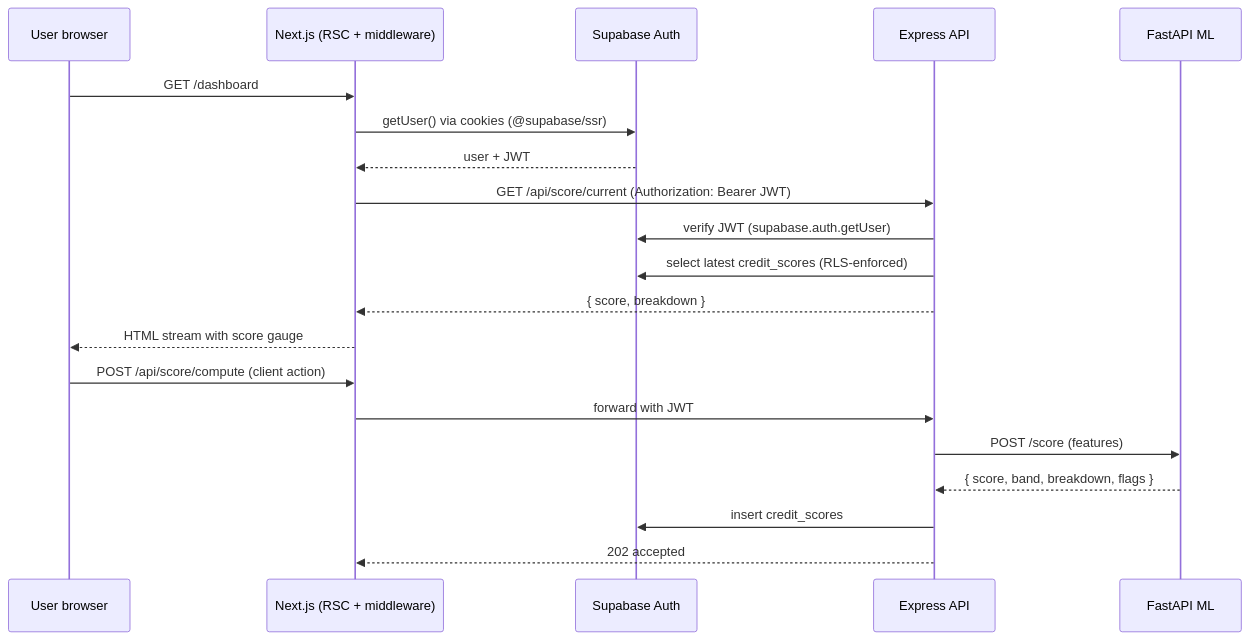
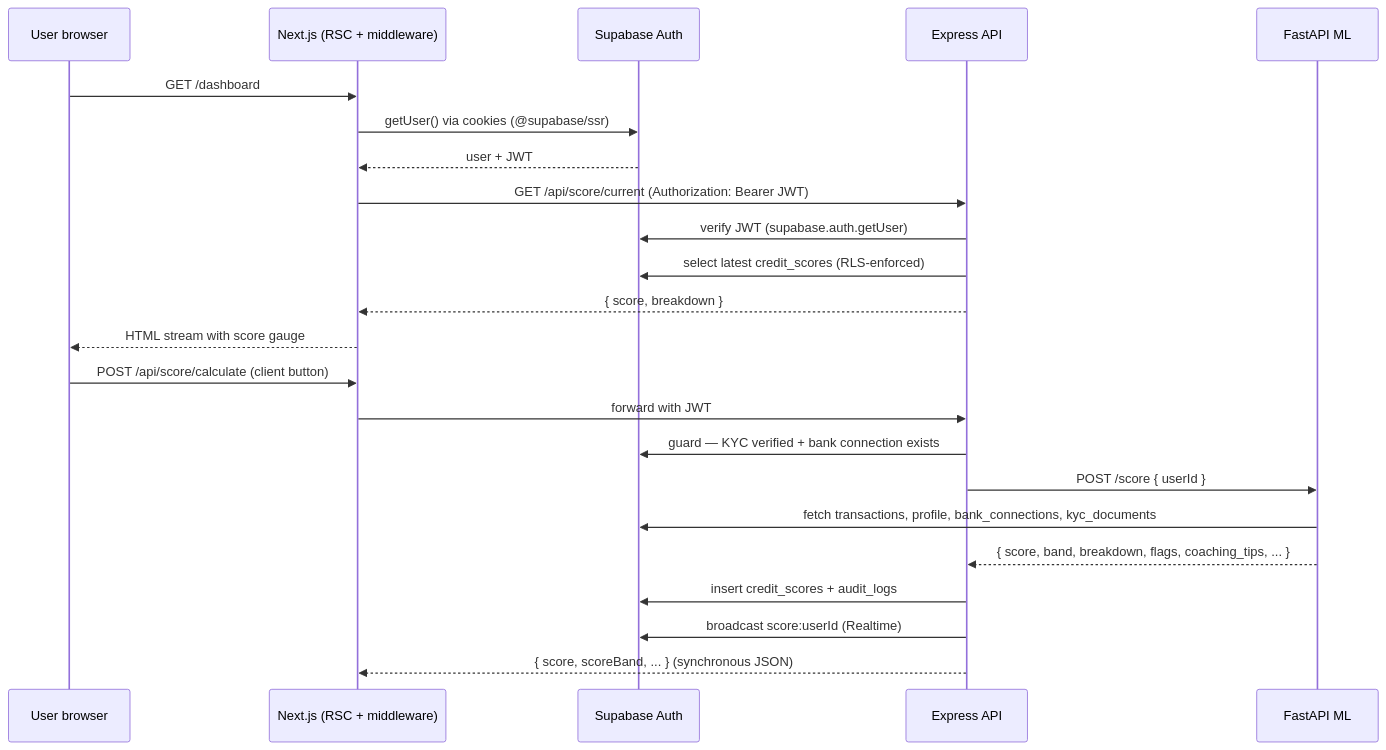
Before and after one commit to AmineMabrouk17/Klaro: the second of 2 diagrams in ARCHITECTURE.md, drawn with Mermaid. The commit also changed 61 other files, not shown here.

Commit message:
feat: wire score dashboard, transactions, documents, chat stream, and bank console to API

````diff
--- a/ARCHITECTURE.md
+++ b/ARCHITECTURE.md
@@ -64,24 +64,27 @@
 ```mermaid
 sequenceDiagram
   participant U as User browser
   participant W as Next.js (RSC + middleware)
   participant S as Supabase Auth
   participant A as Express API
   participant M as FastAPI ML
 
   U->>W: GET /dashboard
   W->>S: getUser() via cookies (@supabase/ssr)
   S-->>W: user + JWT
   W->>A: GET /api/score/current (Authorization: Bearer JWT)
   A->>S: verify JWT (supabase.auth.getUser)
   A->>S: select latest credit_scores (RLS-enforced)
   A-->>W: { score, breakdown }
   W-->>U: HTML stream with score gauge
 
-  U->>W: POST /api/score/compute (client action)
+  U->>W: POST /api/score/calculate (client button)
   W->>A: forward with JWT
-  A->>M: POST /score (features)
-  M-->>A: { score, band, breakdown, flags }
-  A->>S: insert credit_scores
-  A-->>W: 202 accepted
+  A->>S: guard — KYC verified + bank connection exists
+  A->>M: POST /score { userId }
+  M->>S: fetch transactions, profile, bank_connections, kyc_documents
+  M-->>A: { score, band, breakdown, flags, coaching_tips, ... }
+  A->>S: insert credit_scores + audit_logs
+  A->>S: broadcast score:userId (Realtime)
+  A-->>W: { score, scoreBand, ... } (synchronous JSON)
 ```
````
